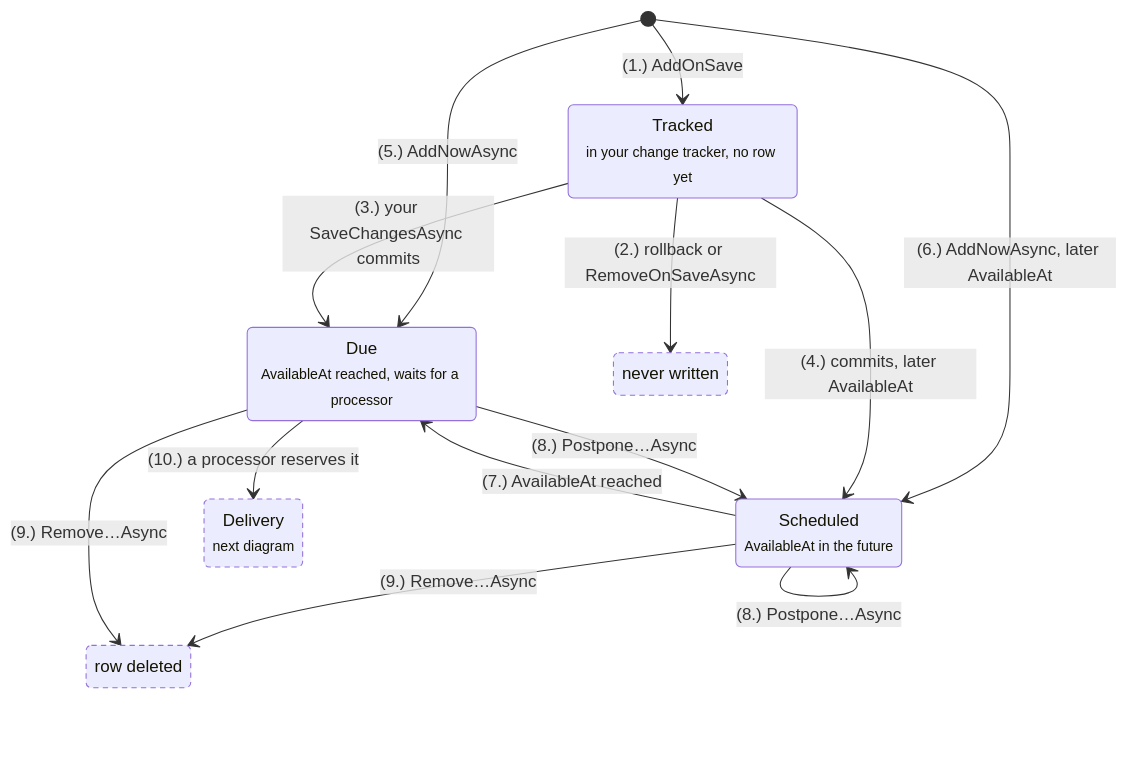
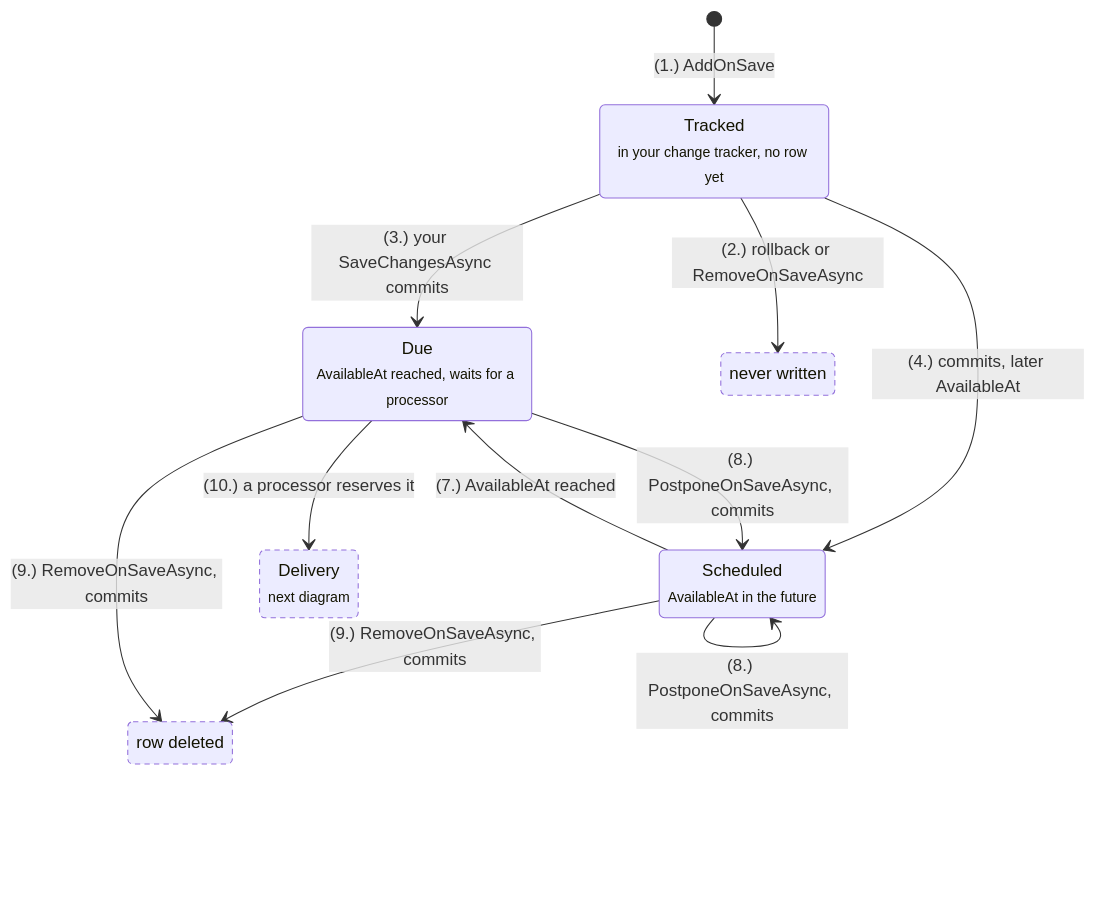
The first of 3 diagrams in src/MartinDrozdik.DDD.Web/OutboxDiagram.md (drozdik-m/domain-driven-design), drawn with Mermaid before and after one commit. The commit also changed other lines of this file and 48 other files, not shown here.

````diff
--- a/src/MartinDrozdik.DDD.Web/OutboxDiagram.md
+++ b/src/MartinDrozdik.DDD.Web/OutboxDiagram.md
@@ -13,27 +13,25 @@
 ```mermaid
 stateDiagram-v2
     direction TB
 
     state "Tracked<br/><small>in your change tracker, no row yet</small>" as Tracked
     state "Scheduled<br/><small>AvailableAt in the future</small>" as Scheduled
     state "Due<br/><small>AvailableAt reached, waits for a processor</small>" as Due
     state "never written" as Discarded
     state "row deleted" as Removed
     state "Delivery<br/><small>next diagram</small>" as Delivery
 
     [*] --> Tracked : (1.) AddOnSave
-    [*] --> Due : (5.) AddNowAsync
-    [*] --> Scheduled : (6.) AddNowAsync, later AvailableAt
     Tracked --> Discarded : (2.) rollback or RemoveOnSaveAsync
     Tracked --> Due : (3.) your SaveChangesAsync commits
     Tracked --> Scheduled : (4.) commits, later AvailableAt
     Scheduled --> Due : (7.) AvailableAt reached
-    Scheduled --> Scheduled : (8.) Postpone…Async
-    Due --> Scheduled : (8.) Postpone…Async
-    Scheduled --> Removed : (9.) Remove…Async
-    Due --> Removed : (9.) Remove…Async
+    Scheduled --> Scheduled : (8.) PostponeOnSaveAsync, commits
+    Due --> Scheduled : (8.) PostponeOnSaveAsync, commits
+    Scheduled --> Removed : (9.) RemoveOnSaveAsync, commits
+    Due --> Removed : (9.) RemoveOnSaveAsync, commits
     Due --> Delivery : (10.) a processor reserves it
 
     classDef gone stroke-dasharray:5 4
     class Discarded,Removed,Delivery gone
 ```
````
